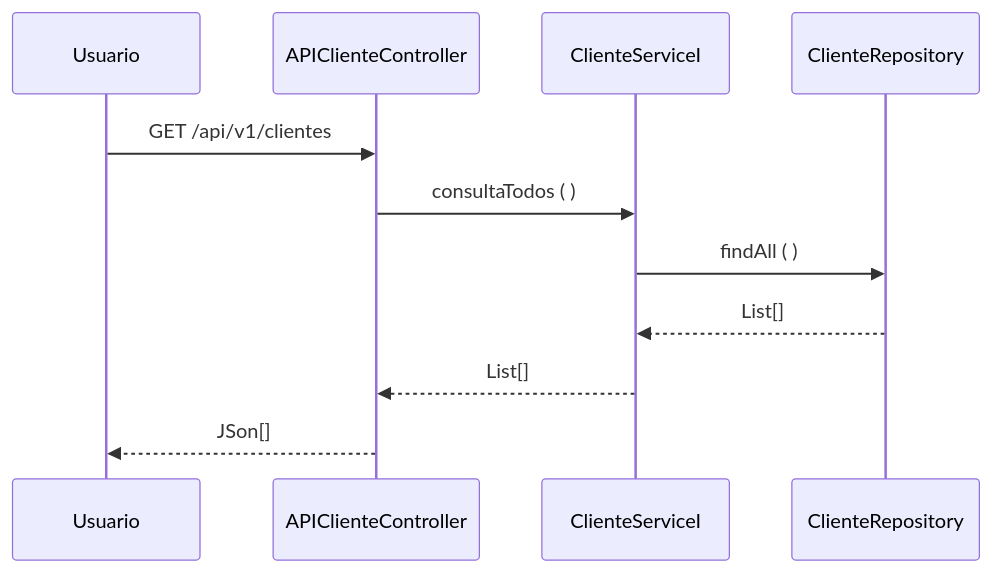
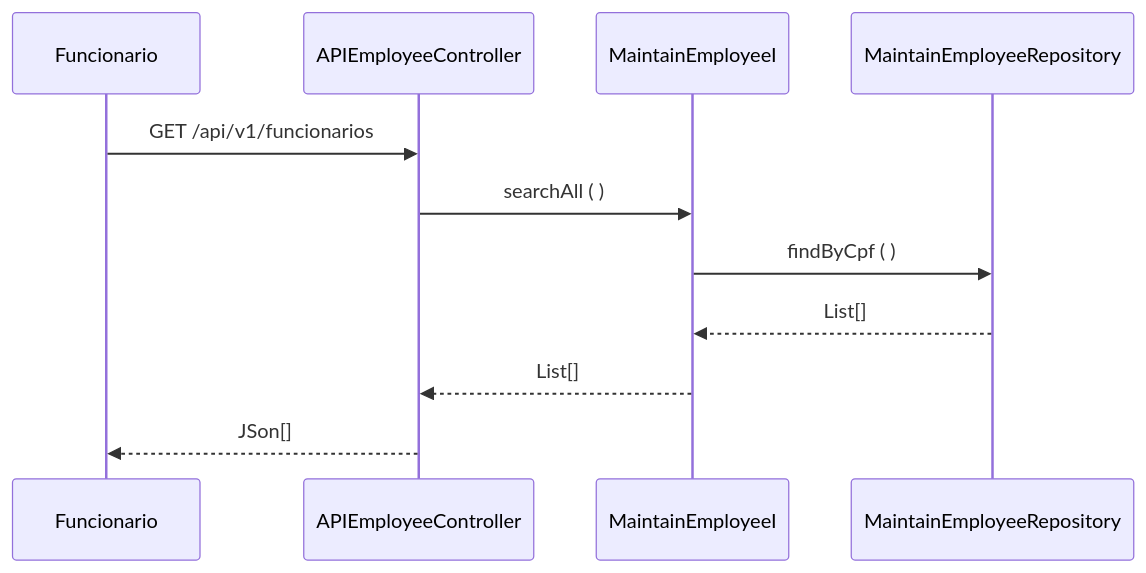
The second of 2 diagrams in README.md (SavPets/SavPetsBackendSpring), drawn with Mermaid before and after one commit. The commit also changed other lines of this file, not shown here.

````diff
--- a/README.md
+++ b/README.md
@@ -107,9 +153,9 @@
 ```mermaid
 sequenceDiagram
-Usuario ->> APIClienteController: GET /api/v1/clientes
-APIClienteController ->> ClienteServiceI: consultaTodos ( )
-ClienteServiceI ->> ClienteRepository: findAll ( )
-ClienteRepository -->> ClienteServiceI: List[]
-ClienteServiceI-->> APIClienteController: List[]
-APIClienteController -->> Usuario: JSon[]
+Funcionario ->> APIEmployeeController: GET /api/v1/funcionarios
+APIEmployeeController ->> MaintainEmployeeI: searchAll ( )
+MaintainEmployeeI ->> MaintainEmployeeRepository: findByCpf ( )
+MaintainEmployeeRepository -->> MaintainEmployeeI: List[]
+MaintainEmployeeI-->> APIEmployeeController: List[]
+APIEmployeeController -->> Funcionario: JSon[]
 ```
````
